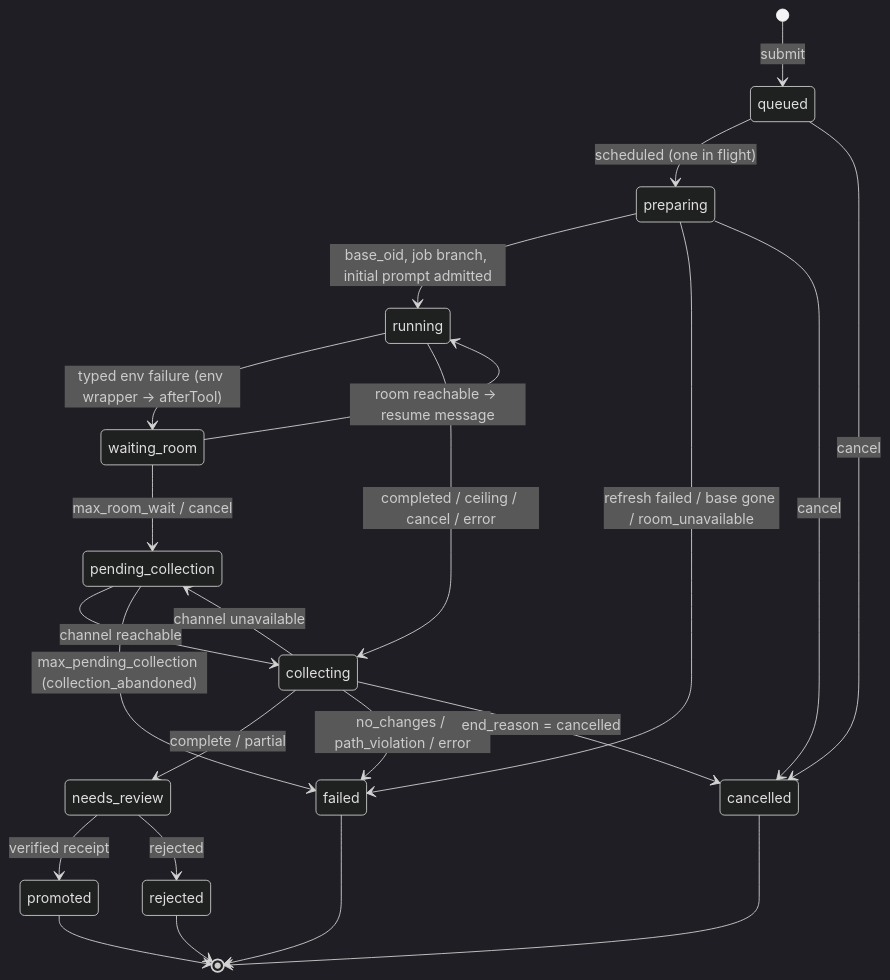
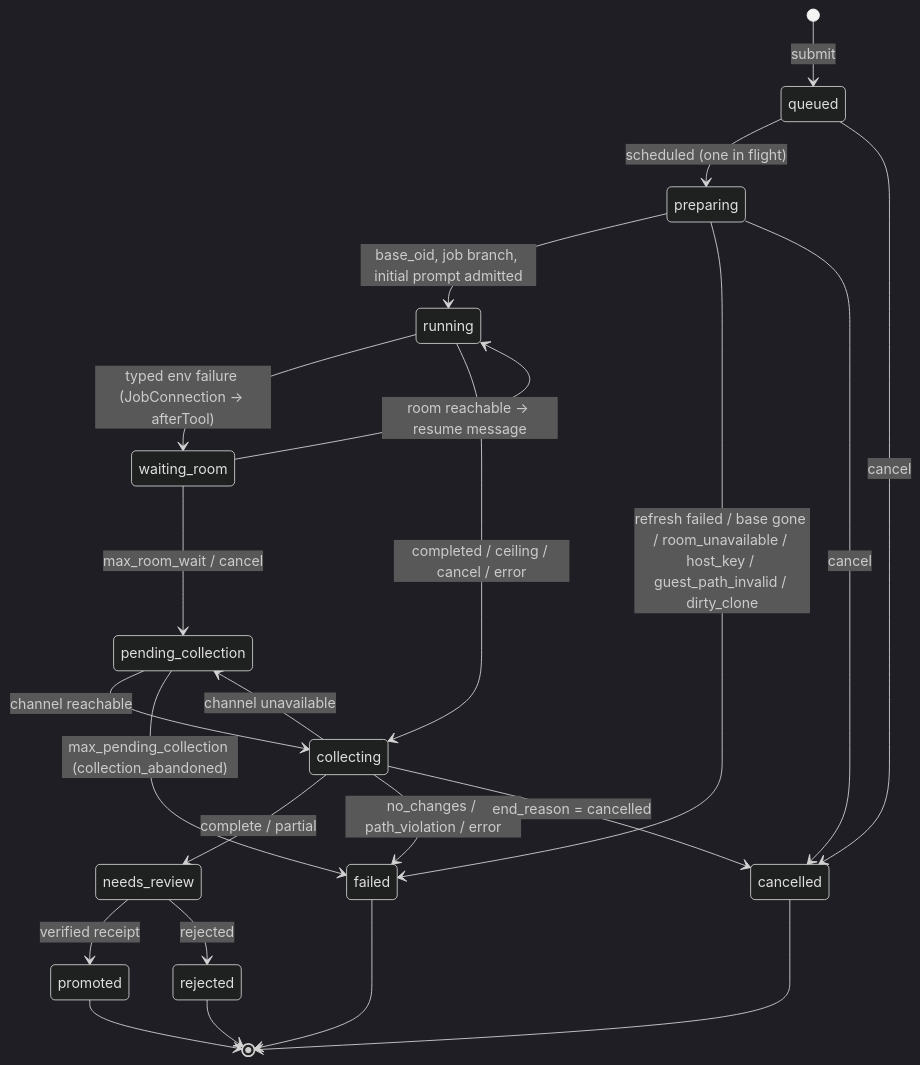
Before and after one commit to davidlee/satan: the third of 7 diagrams in .doctrine/slice/023/design.md, drawn with Mermaid (dark theme). The commit also changed other lines of this file and 14 other files, not shown here.

````diff
--- a/.doctrine/slice/023/design.md
+++ b/.doctrine/slice/023/design.md
@@ -565,25 +728,25 @@
 ```mermaid
 stateDiagram-v2
   [*] --> queued: submit
   queued --> preparing: scheduled (one in flight)
   queued --> cancelled: cancel
   preparing --> running: base_oid, job branch, initial prompt admitted
-  preparing --> failed: refresh failed / base gone / room_unavailable
+  preparing --> failed: refresh failed / base gone / room_unavailable / host_key / guest_path_invalid / dirty_clone
   preparing --> cancelled: cancel
-  running --> waiting_room: typed env failure (env wrapper → afterTool)
+  running --> waiting_room: typed env failure (JobConnection → afterTool)
   waiting_room --> running: room reachable → resume message
   running --> collecting: completed / ceiling / cancel / error
   waiting_room --> pending_collection: max_room_wait / cancel
   collecting --> pending_collection: channel unavailable
   pending_collection --> collecting: channel reachable
   pending_collection --> failed: max_pending_collection (collection_abandoned)
   collecting --> needs_review: complete / partial
   collecting --> failed: no_changes / path_violation / error
   collecting --> cancelled: end_reason = cancelled
   needs_review --> promoted: verified receipt
   needs_review --> rejected: rejected
   promoted --> [*]
   rejected --> [*]
   cancelled --> [*]
   failed --> [*]
 ```
````
